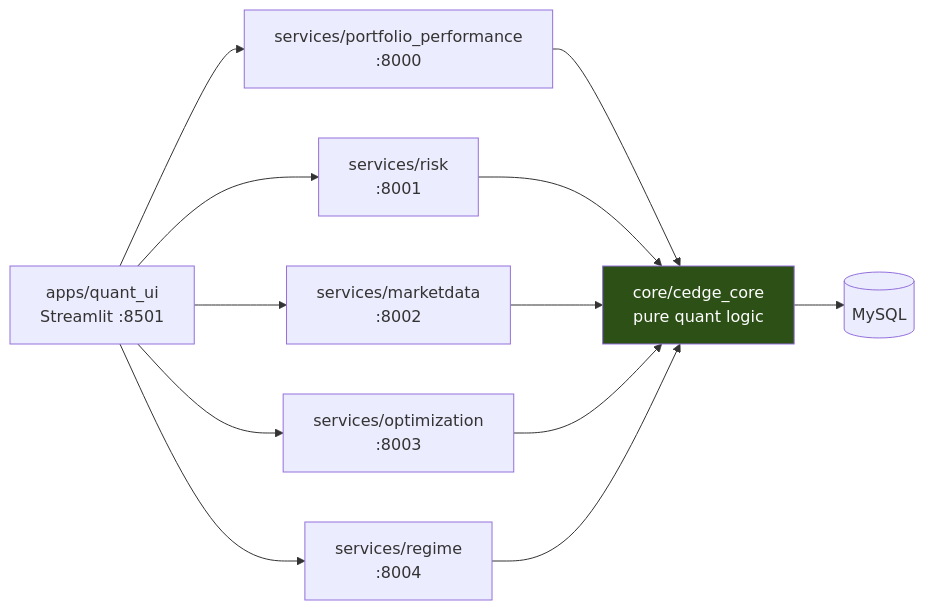
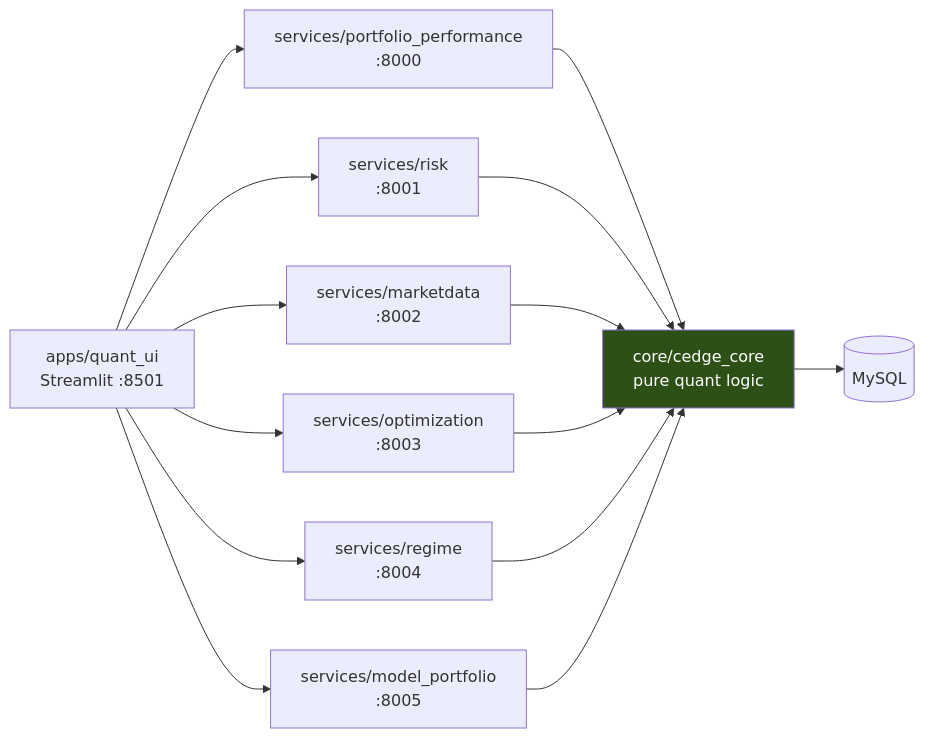
One commit to ChrisIJH/cedge changed the diagram in README.md. Above: the diagram before and after it, drawn with Mermaid. The commit also changed other lines of this file and 4 other files, not shown here.

Commit message:
feat(model_portfolio): Streamlit page; build the service image in CI (#37)

````diff
--- a/README.md
+++ b/README.md
@@ -22,15 +22,17 @@
 ```mermaid
 graph LR
     A[apps/quant_ui<br/>Streamlit :8501] --> S1[services/portfolio_performance<br/>:8000]
     A --> S2[services/risk<br/>:8001]
     A --> S3[services/marketdata<br/>:8002]
     A --> S4[services/optimization<br/>:8003]
     A --> S5[services/regime<br/>:8004]
+    A --> S6[services/model_portfolio<br/>:8005]
     S1 --> C[core/cedge_core<br/>pure quant logic]
     S2 --> C
     S3 --> C
     S4 --> C
     S5 --> C
+    S6 --> C
     C --> D[(MySQL)]
     style C fill:#2d5016,color:#fff
 ```
````
